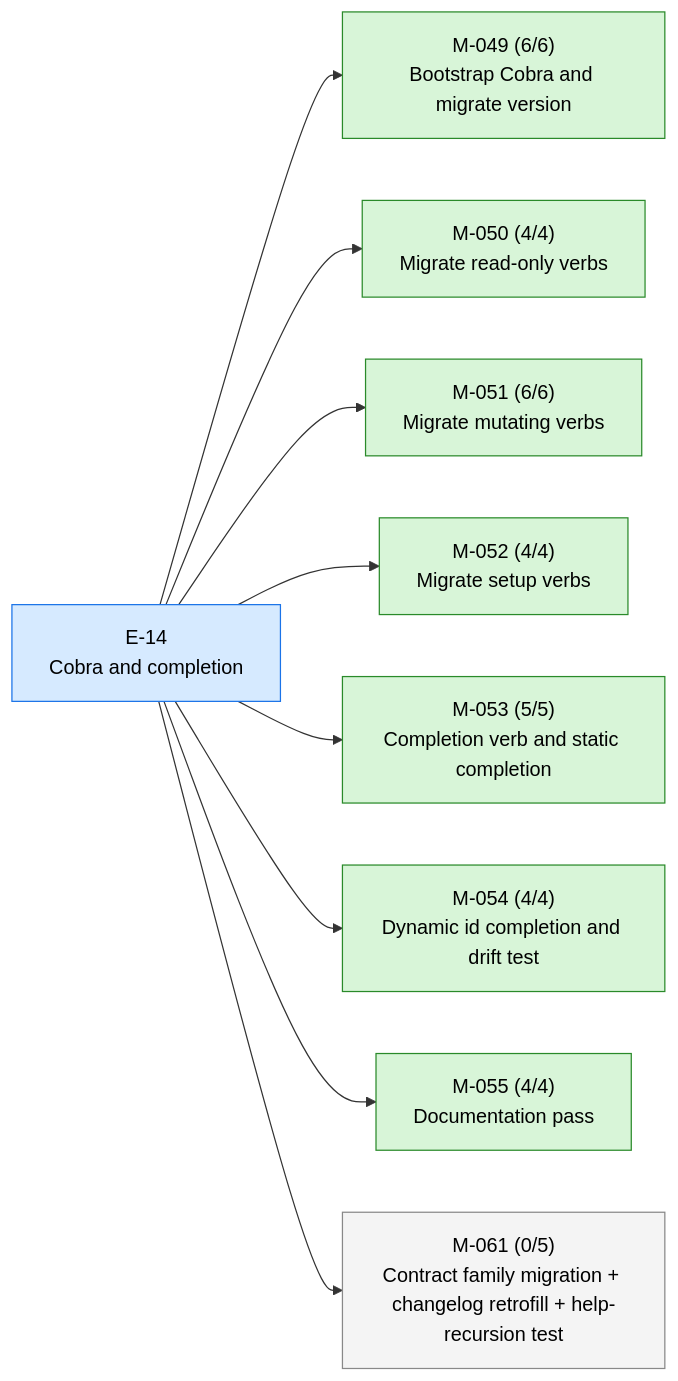
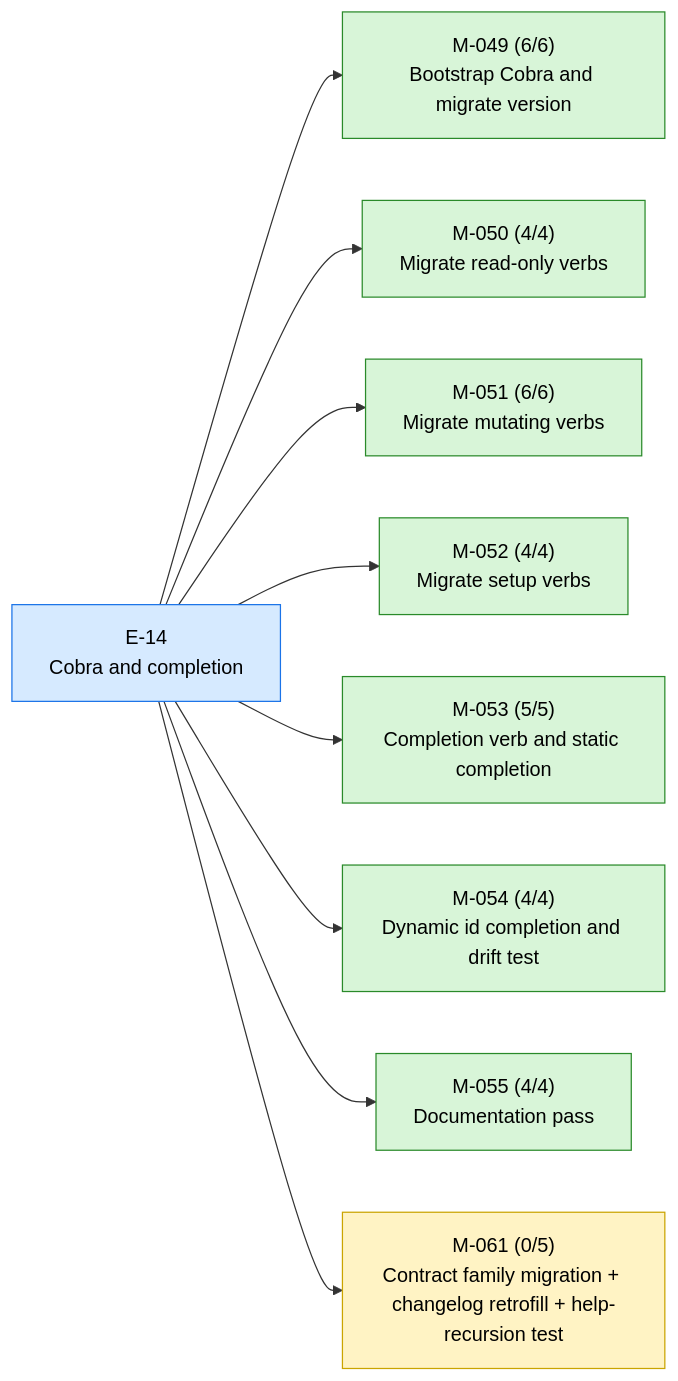
The first of 2 diagrams in STATUS.md (23min/aiwf), drawn with Mermaid before and after one commit. The commit also changed other lines of this file and 1 other file, not shown here.

First line of the commit message:
aiwf promote M-061 draft -> in_progress

````diff
--- a/STATUS.md
+++ b/STATUS.md
@@ -18,26 +18,26 @@
 ```mermaid
 flowchart LR
   E_14["E-14<br/>Cobra and completion"]:::epic_active
   M_049["M-049 (6/6)<br/>Bootstrap Cobra and migrate version"]:::ms_done
   E_14 --> M_049
   M_050["M-050 (4/4)<br/>Migrate read-only verbs"]:::ms_done
   E_14 --> M_050
   M_051["M-051 (6/6)<br/>Migrate mutating verbs"]:::ms_done
   E_14 --> M_051
   M_052["M-052 (4/4)<br/>Migrate setup verbs"]:::ms_done
   E_14 --> M_052
   M_053["M-053 (5/5)<br/>Completion verb and static completion"]:::ms_done
   E_14 --> M_053
   M_054["M-054 (4/4)<br/>Dynamic id completion and drift test"]:::ms_done
   E_14 --> M_054
   M_055["M-055 (4/4)<br/>Documentation pass"]:::ms_done
   E_14 --> M_055
-  M_061["M-061 (0/5)<br/>Contract family migration + changelog retrofill + help-recursion test"]:::ms_draft
+  M_061["M-061 (0/5)<br/>Contract family migration + changelog retrofill + help-recursion test"]:::ms_in_progress
   E_14 --> M_061
   classDef epic_active fill:#d6eaff,stroke:#1a73e8,color:#000
   classDef epic_proposed fill:#f4f4f4,stroke:#888,color:#000
   classDef ms_done fill:#d8f5d8,stroke:#2a8a2a,color:#000
   classDef ms_in_progress fill:#fff3c4,stroke:#caa400,color:#000
   classDef ms_draft fill:#f4f4f4,stroke:#888,color:#000
   classDef ms_cancelled fill:#fbeaea,stroke:#c33,color:#000
 ```
````
